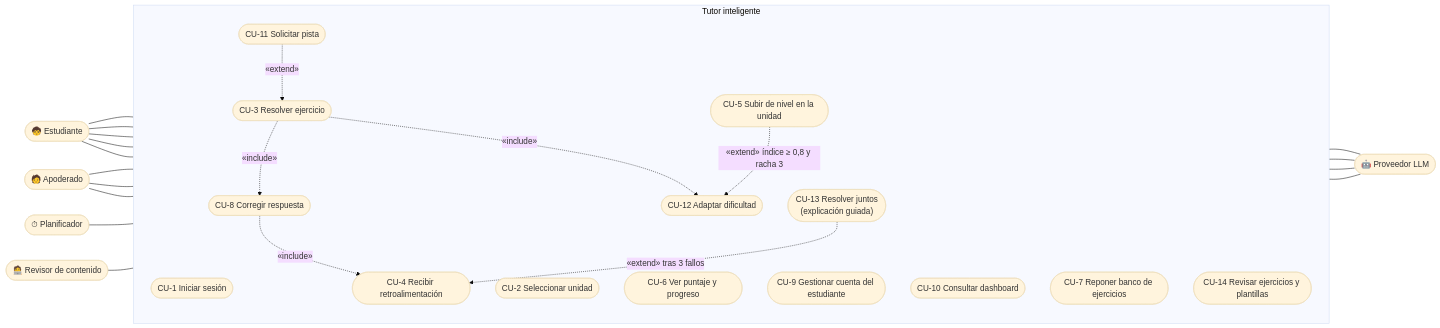
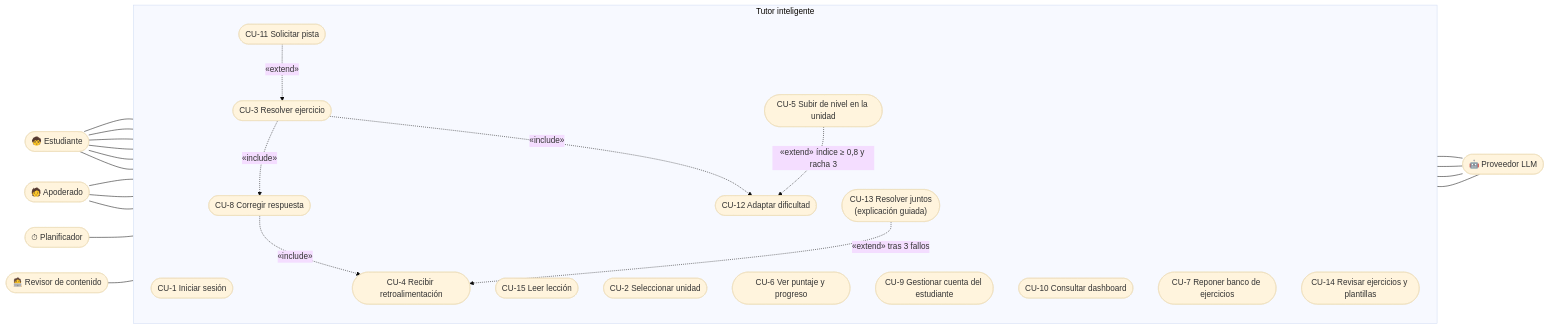
One commit to IvanDiazAndrade/tutor_inteligente changed the diagram in docs/casos_de_uso.md. Above: the diagram before and after it, drawn with Mermaid (base theme). The commit also changed other lines of this file and 32 other files, not shown here.

````diff
--- a/docs/casos_de_uso.md
+++ b/docs/casos_de_uso.md
@@ -22,49 +22,51 @@
 ```mermaid
 flowchart LR
     EST(["🧒 Estudiante"])
     APO(["🧑 Apoderado"])
     REV(["🧑‍💻 Revisor de contenido"])
     PLA(["⏱ Planificador"])
     LLM(["🤖 Proveedor LLM"])
 
     subgraph SIS["Tutor inteligente"]
         direction TB
         CU1(["CU-1 Iniciar sesión"])
+        CU15(["CU-15 Leer lección"])
         CU2(["CU-2 Seleccionar unidad"])
         CU3(["CU-3 Resolver ejercicio"])
         CU8(["CU-8 Corregir respuesta"])
         CU4(["CU-4 Recibir retroalimentación"])
         CU11(["CU-11 Solicitar pista"])
         CU13(["CU-13 Resolver juntos<br/>(explicación guiada)"])
         CU12(["CU-12 Adaptar dificultad"])
         CU5(["CU-5 Subir de nivel en la unidad"])
         CU6(["CU-6 Ver puntaje y progreso"])
         CU9(["CU-9 Gestionar cuenta del estudiante"])
         CU10(["CU-10 Consultar dashboard"])
         CU7(["CU-7 Reponer banco de ejercicios"])
         CU14(["CU-14 Revisar ejercicios y plantillas"])
     end
 
     EST --- CU1
+    EST --- CU15
     EST --- CU2
     EST --- CU3
     EST --- CU11
     EST --- CU6
     APO --- CU1
     APO --- CU9
     APO --- CU10
     PLA --- CU7
     REV --- CU14
 
     CU3 -. "«include»" .-> CU8
     CU3 -. "«include»" .-> CU12
     CU8 -. "«include»" .-> CU4
     CU11 -. "«extend»" .-> CU3
     CU13 -. "«extend» tras 3 fallos" .-> CU4
     CU5 -. "«extend» índice ≥ 0,8 y racha 3" .-> CU12
 
     CU4 --- LLM
     CU11 --- LLM
     CU13 --- LLM
     CU7 --- LLM
 ```
````
